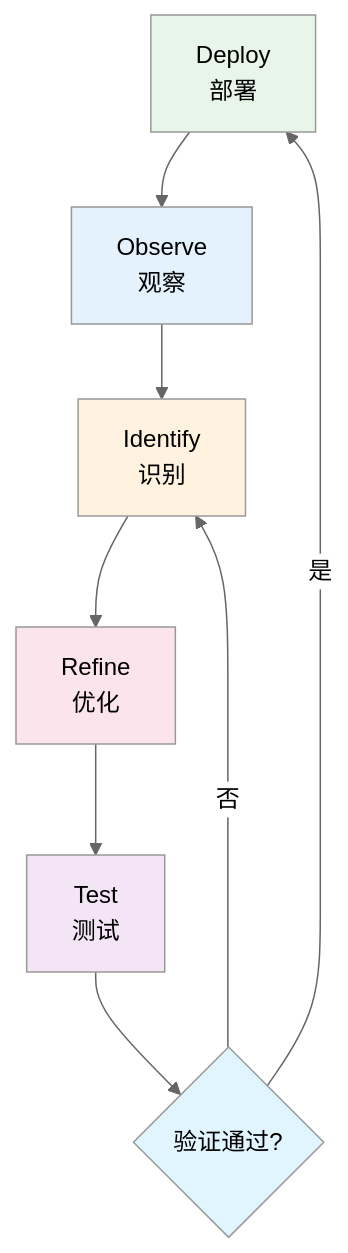
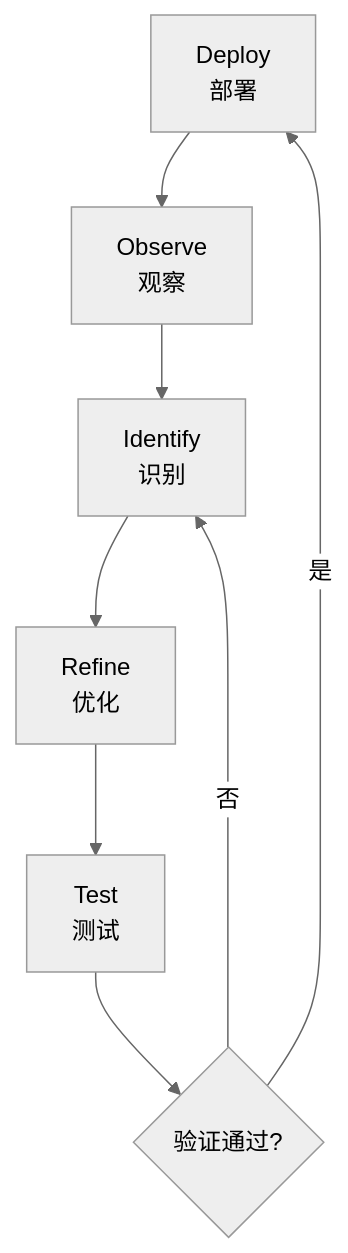
One commit to yuexiaoliang/prompt-engineering-learning changed the sixth of 7 diagrams in 08-production-zh.md. Above: the diagram before and after it, drawn with Mermaid (neutral theme). The commit also changed other lines of this file, not shown here.

Commit message:
fix: remove hardcoded Mermaid fill colors for light/dark theme auto-adaptation

````diff
--- a/08-production-zh.md
+++ b/08-production-zh.md
@@ -757,17 +754,12 @@
 ```mermaid
 flowchart TD
     A[Deploy<br/>部署] --> B[Observe<br/>观察]
     B --> C[Identify<br/>识别]
     C --> D[Refine<br/>优化]
     D --> E[Test<br/>测试]
     E --> F{验证通过?}
     F -->|否| C
     F -->|是| A
 
-    style A fill:#e8f5e9
-    style B fill:#e3f2fd
-    style C fill:#fff3e0
-    style D fill:#fce4ec
-    style E fill:#f3e5f5
-    style F fill:#e1f5fe
+
 ```
````
